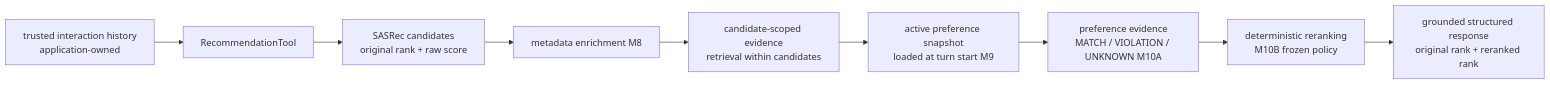
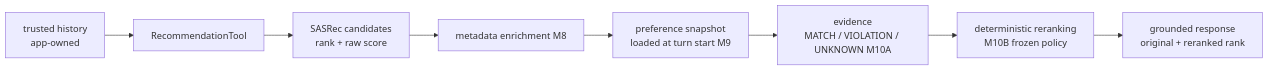
The second of 3 diagrams in README.md (continuejpg/AgentRec-X), drawn with Mermaid before and after one commit. The commit also changed other lines of this file and 23 other files, not shown here.

````diff
--- a/README.md
+++ b/README.md
@@ -74,11 +74,10 @@
 ```mermaid
 flowchart LR
-    A["trusted interaction history<br/>application-owned"] --> B["RecommendationTool"]
-    B --> C["SASRec candidates<br/>original rank + raw score"]
+    A["trusted history<br/>app-owned"] --> B["RecommendationTool"]
+    B --> C["SASRec candidates<br/>rank + raw score"]
     C --> D["metadata enrichment M8"]
-    D --> E["candidate-scoped evidence<br/>retrieval within candidates"]
-    E --> F["active preference snapshot<br/>loaded at turn start M9"]
-    F --> G["preference evidence<br/>MATCH / VIOLATION / UNKNOWN M10A"]
-    G --> H["deterministic reranking<br/>M10B frozen policy"]
-    H --> I["grounded structured response<br/>original rank + reranked rank"]
+    D --> E["preference snapshot<br/>loaded at turn start M9"]
+    E --> F["evidence<br/>MATCH / VIOLATION / UNKNOWN M10A"]
+    F --> G["deterministic reranking<br/>M10B frozen policy"]
+    G --> H["grounded response<br/>original + reranked rank"]
 ```
````
